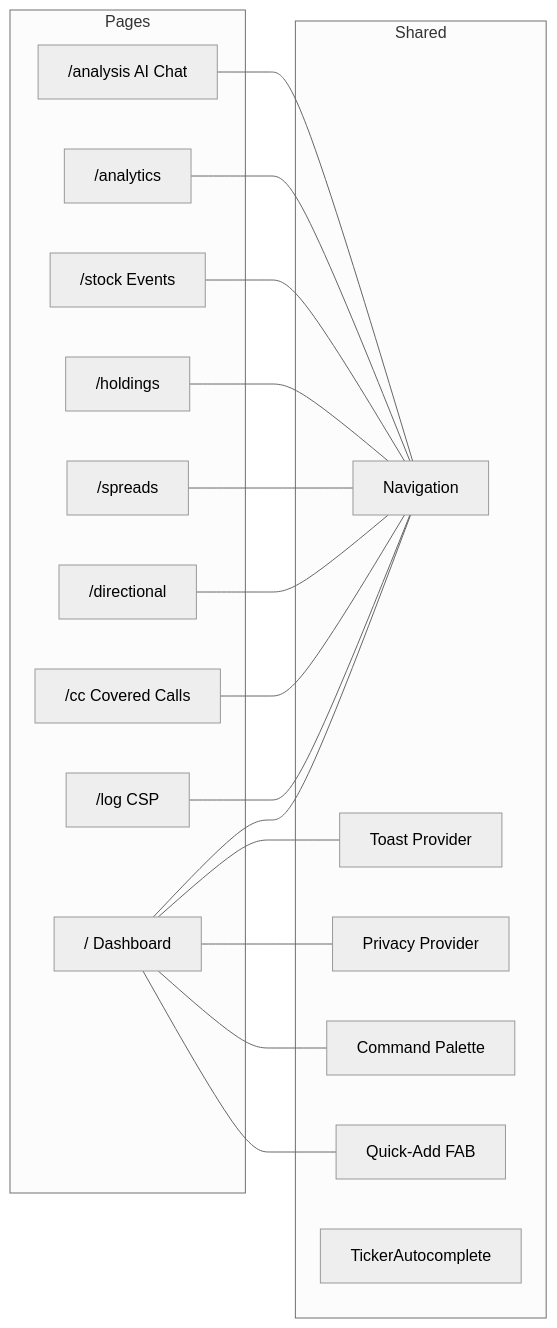
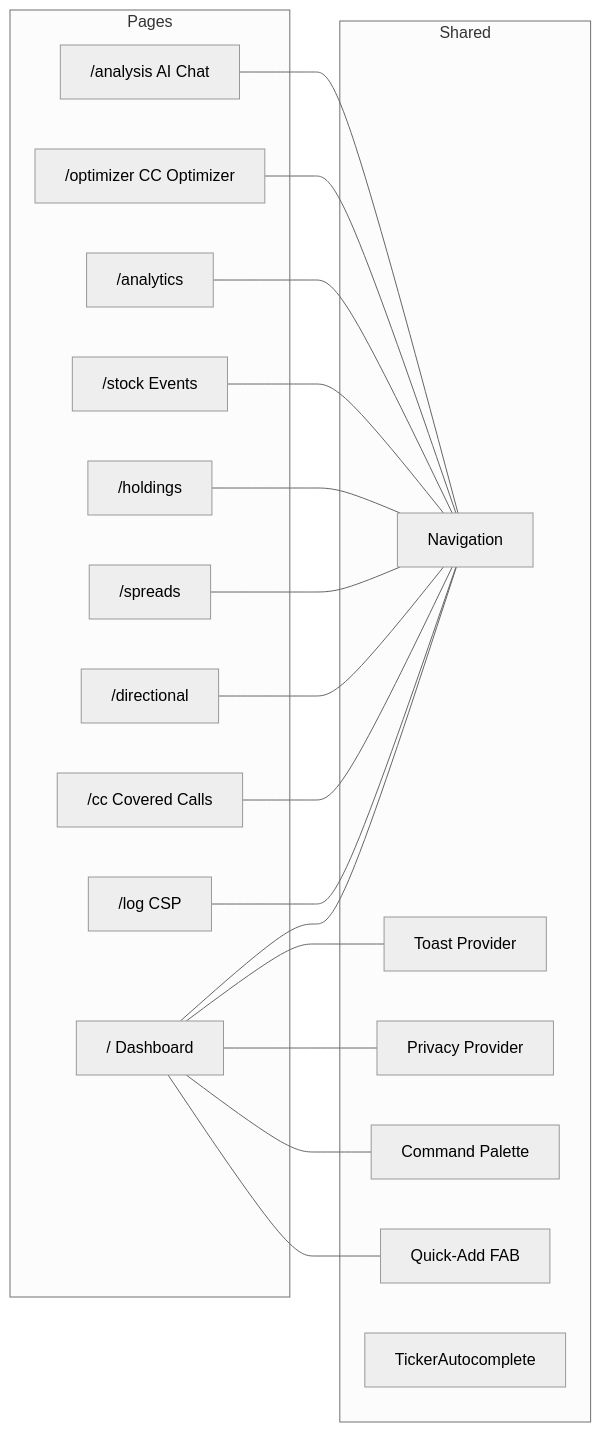
One commit to OptiTrade-AI/trading-dashboard changed the fifth of 9 diagrams in docs/architecture.md. Above: the diagram before and after it, drawn with Mermaid (neutral theme). The commit also changed other lines of this file and 36 other files, not shown here.

````diff
--- a/docs/architecture.md
+++ b/docs/architecture.md
@@ -126,37 +128,39 @@
 ```mermaid
 graph LR
     subgraph Pages
         D["/ Dashboard"]
         L["/log CSP"]
         CC["/cc Covered Calls"]
         DR["/directional"]
         SP["/spreads"]
         H["/holdings"]
         SE["/stock Events"]
         AN["/analytics"]
+        OPT["/optimizer CC Optimizer"]
         AI["/analysis AI Chat"]
     end
 
     subgraph Shared
         Nav["Navigation"]
         Toast["Toast Provider"]
         Privacy["Privacy Provider"]
         CmdK["Command Palette"]
         FAB["Quick-Add FAB"]
         Ticker["TickerAutocomplete"]
     end
 
     D --- Nav
     D --- Toast
     D --- Privacy
     D --- CmdK
     D --- FAB
     L --- Nav
     CC --- Nav
     DR --- Nav
     SP --- Nav
     H --- Nav
     SE --- Nav
     AN --- Nav
+    OPT --- Nav
     AI --- Nav
 ```
````
